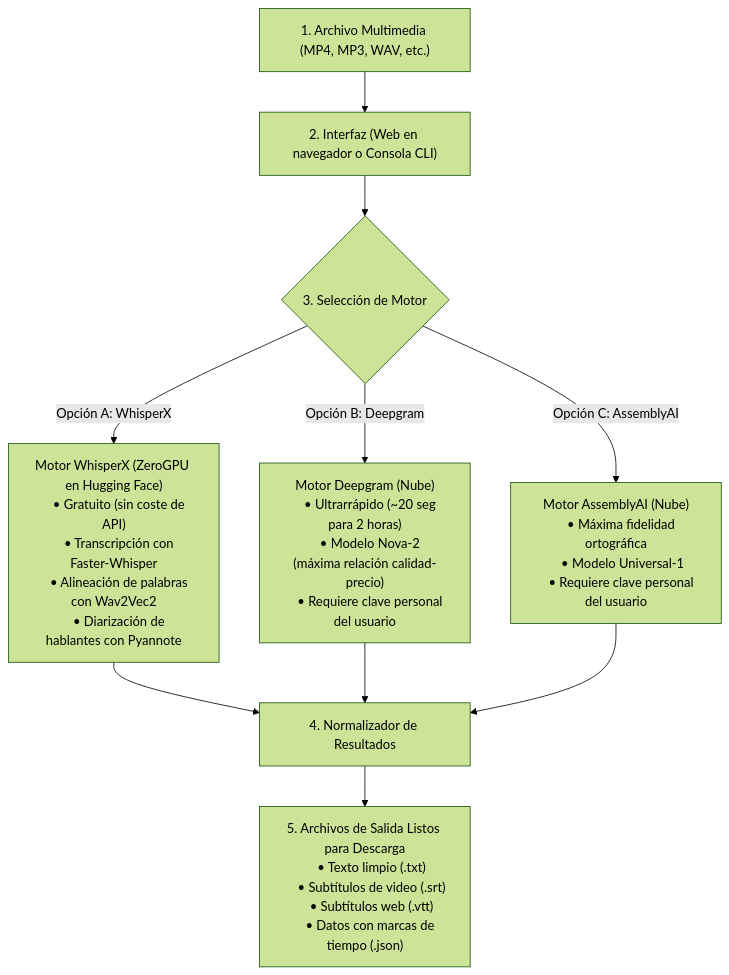
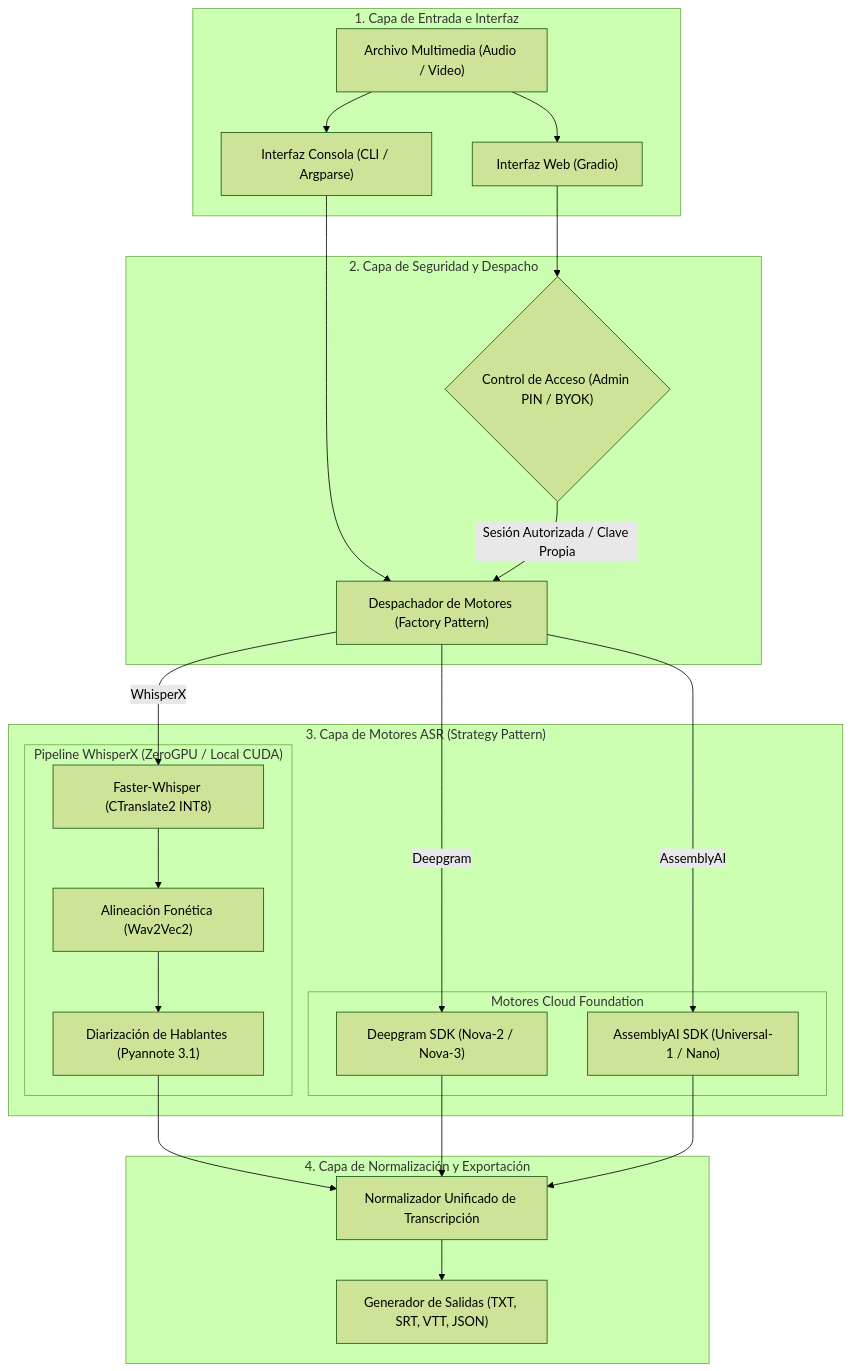
One commit to Klopezxd/transcriptor-suite changed the first of 2 diagrams in README.es.md. Above: the diagram before and after it, drawn with Mermaid (forest theme). The commit also changed other lines of this file and 1 other file, not shown here.

Commit message:
docs: elevate architecture diagrams to layered enterprise system design

````diff
--- a/README.es.md
+++ b/README.es.md
@@ -99,32 +99,46 @@
 ```mermaid
 flowchart TD
-    A["1. Archivo Multimedia (MP4, MP3, WAV, etc.)"] --> B["2. Interfaz (Web en navegador o Consola CLI)"]
-    
-    B --> C{"3. Selección de Motor"}
+    subgraph Ingestion ["1. Capa de Entrada e Interfaz"]
+        Audio["Archivo Multimedia (Audio / Video)"]
+        WebUI["Interfaz Web (Gradio)"]
+        CLI["Interfaz Consola (CLI / Argparse)"]
+        Audio --> WebUI
+        Audio --> CLI
+    end
 
-    C -->|"Opción A: WhisperX"| D["Motor WhisperX (ZeroGPU en Hugging Face)
-    • Gratuito (sin coste de API)
-    • Transcripción con Faster-Whisper
-    • Alineación de palabras con Wav2Vec2
-    • Diarización de hablantes con Pyannote"]
+    subgraph Core ["2. Capa de Seguridad y Despacho"]
+        AuthGuard{"Control de Acceso (Admin PIN / BYOK)"}
+        Dispatcher["Despachador de Motores (Factory Pattern)"]
+        WebUI --> AuthGuard
+        CLI --> Dispatcher
+        AuthGuard -->|"Sesión Autorizada / Clave Propia"| Dispatcher
+    end
 
-    C -->|"Opción B: Deepgram"| E["Motor Deepgram (Nube)
-    • Ultrarrápido (~20 seg para 2 horas)
-    • Modelo Nova-2 (máxima relación calidad-precio)
-    • Requiere clave personal del usuario"]
+    subgraph Engines ["3. Capa de Motores ASR (Strategy Pattern)"]
+        subgraph LocalPipeline ["Pipeline WhisperX (ZeroGPU / Local CUDA)"]
+            ASR["Faster-Whisper (CTranslate2 INT8)"]
+            Align["Alineación Fonética (Wav2Vec2)"]
+            Diarize["Diarización de Hablantes (Pyannote 3.1)"]
+            ASR --> Align --> Diarize
+        end
 
-    C -->|"Opción C: AssemblyAI"| F["Motor AssemblyAI (Nube)
-    • Máxima fidelidad ortográfica
-    • Modelo Universal-1
-    • Requiere clave personal del usuario"]
+        subgraph CloudPipeline ["Motores Cloud Foundation"]
+            Deepgram["Deepgram SDK (Nova-2 / Nova-3)"]
+            Assembly["AssemblyAI SDK (Universal-1 / Nano)"]
+        end
 
-    D --> G["4. Normalizador de Resultados"]
-    E --> G
-    F --> G
+        Dispatcher -->|"WhisperX"| ASR
+        Dispatcher -->|"Deepgram"| Deepgram
+        Dispatcher -->|"AssemblyAI"| Assembly
+    end
 
-    G --> H["5. Archivos de Salida Listos para Descarga
-    • Texto limpio (.txt)
-    • Subtítulos de video (.srt)
-    • Subtítulos web (.vtt)
-    • Datos con marcas de tiempo (.json)"]
+    subgraph OutputLayer ["4. Capa de Normalización y Exportación"]
+        Normalizer["Normalizador Unificado de Transcripción"]
+        Exporter["Generador de Salidas (TXT, SRT, VTT, JSON)"]
+        
+        Diarize --> Normalizer
+        Deepgram --> Normalizer
+        Assembly --> Normalizer
+        Normalizer --> Exporter
+    end
 ```
````
